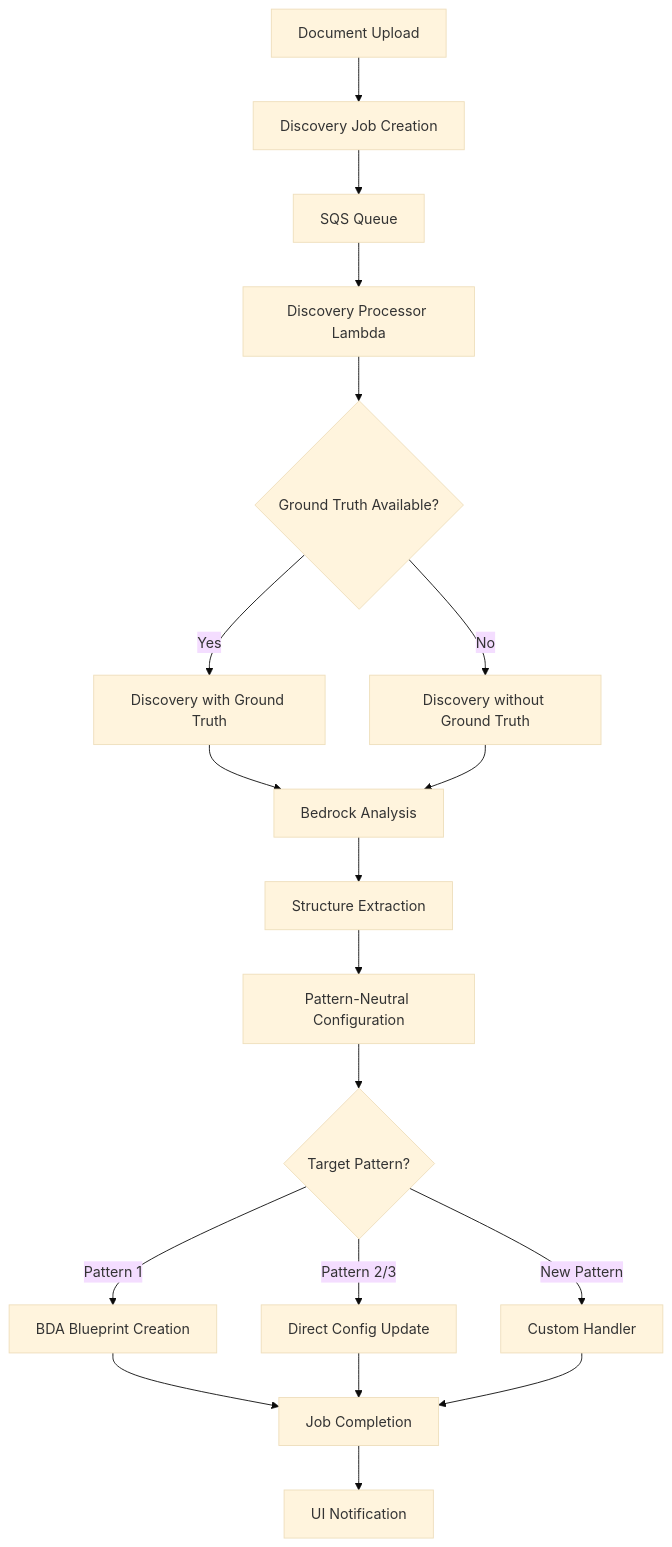
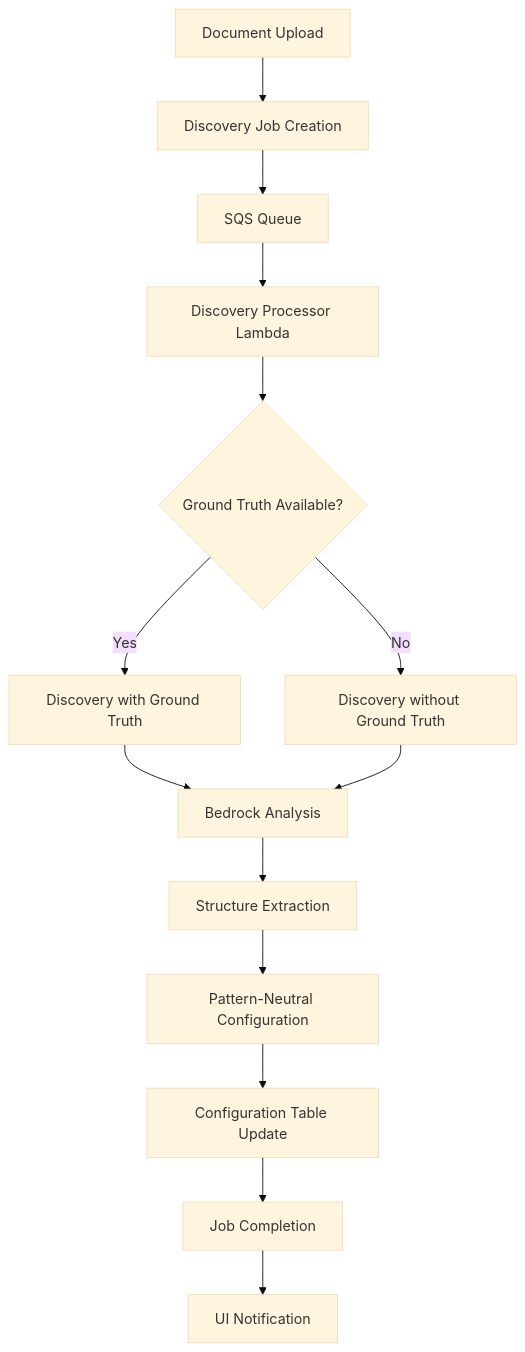
Before and after one commit to ssu-vtl/accelerated-intelligent-document-processing-on-aws: the first of 2 diagrams in docs/discovery.md, drawn with Mermaid (base theme). The commit also changed other lines of this file, not shown here.

````diff
--- a/docs/discovery.md
+++ b/docs/discovery.md
@@ -200,21 +204,16 @@
 ```mermaid
 graph TD
     A[Document Upload] --> B[Discovery Job Creation]
     B --> C[SQS Queue]
     C --> D[Discovery Processor Lambda]
     D --> E{Ground Truth Available?}
     E -->|Yes| F[Discovery with Ground Truth]
     E -->|No| G[Discovery without Ground Truth]
     F --> H[Bedrock Analysis]
     G --> H
     H --> I[Structure Extraction]
     I --> J[Pattern-Neutral Configuration]
-    J --> K{Target Pattern?}
-    K -->|Pattern 1| L[BDA Blueprint Creation]
-    K -->|Pattern 2/3| M[Direct Config Update]
-    K -->|New Pattern| N[Custom Handler]
-    L --> O[Job Completion]
-    M --> O
-    N --> O
-    O --> P[UI Notification]
+    J --> K[Configuration Table Update]
+    K --> P[Job Completion]
+    P --> O[UI Notification]
 ```
````
